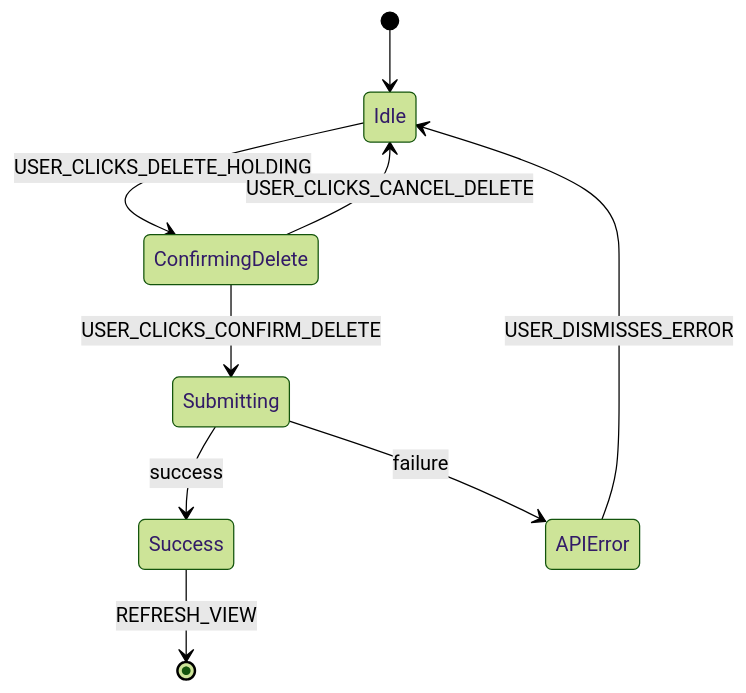
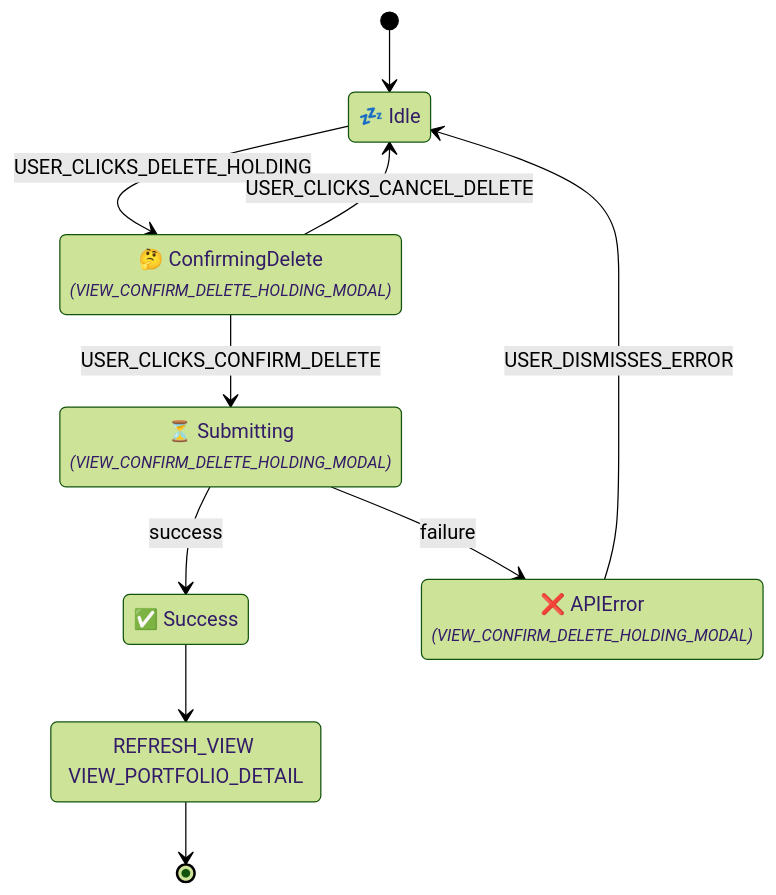
Diagram 20 of 60 in product_spec.md (enzhao/Sentinel), drawn with Mermaid (forest theme) before and after one commit. The commit also changed other lines of this file and 3 other files, not shown here.

First line of the commit message:
docs(spec): refine and clarify UI flow specifications

````diff
--- a/product_spec.md
+++ b/product_spec.md
@@ -1056,11 +1175,19 @@
 ```mermaid
 stateDiagram-v2
+    %% Flow ID: FLOW_DELETE_HOLDING_MANUAL
     [*] --> Idle
+    state "💤 Idle" as Idle
     Idle --> ConfirmingDelete : USER_CLICKS_DELETE_HOLDING
+    state "🤔 ConfirmingDelete<br/><font size="2"><i>(VIEW_CONFIRM_DELETE_HOLDING_MODAL)</i></font>" as ConfirmingDelete
+    ConfirmingDelete --> Submitting : USER_CLICKS_CONFIRM_DELETE
     ConfirmingDelete --> Idle : USER_CLICKS_CANCEL_DELETE
-    ConfirmingDelete --> Submitting : USER_CLICKS_CONFIRM_DELETE
+    state "⏳ Submitting<br/><font size="2"><i>(VIEW_CONFIRM_DELETE_HOLDING_MODAL)</i></font>" as Submitting
     Submitting --> Success : success
     Submitting --> APIError : failure
+    state "✅ Success" as Success
+    state "REFRESH_VIEW VIEW_PORTFOLIO_DETAIL" as Success_exit_action
+    Success --> Success_exit_action
+    Success_exit_action --> [*]
+    state "❌ APIError<br/><font size="2"><i>(VIEW_CONFIRM_DELETE_HOLDING_MODAL)</i></font>" as APIError
     APIError --> Idle : USER_DISMISSES_ERROR
-    Success --> [*] : REFRESH_VIEW
 ```
````
